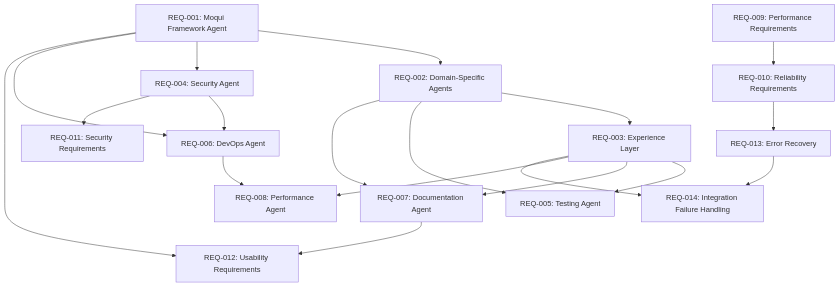
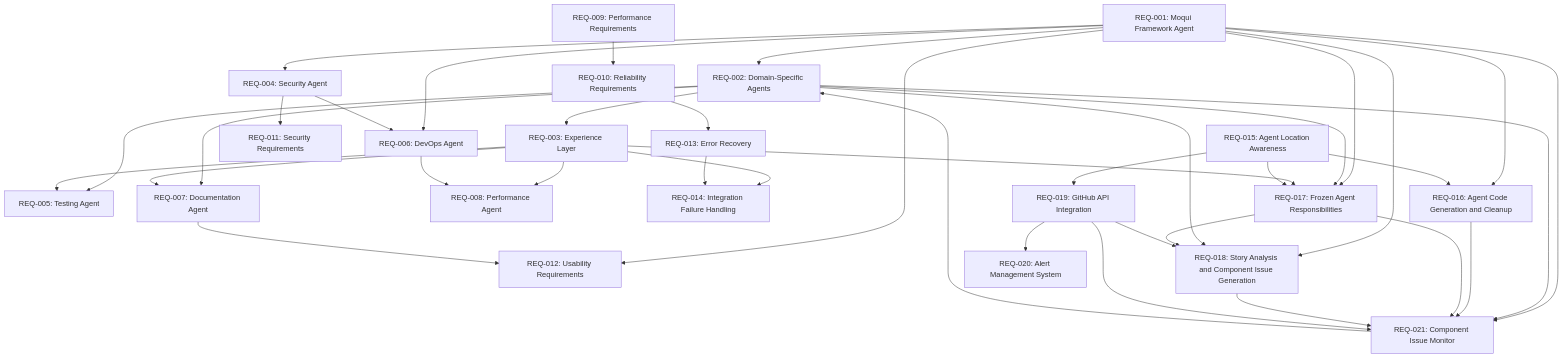
One commit to louisburroughs/durion-moqui-frontend changed the diagram in .kiro/specs/agent-structure/requirements.md. Above: the diagram before and after it, drawn with Mermaid. The commit also changed other lines of this file and 79 other files, not shown here.

````diff
--- a/.kiro/specs/agent-structure/requirements.md
+++ b/.kiro/specs/agent-structure/requirements.md
@@ -298,21 +455,41 @@
 ```mermaid
 graph TD
     REQ-001[REQ-001: Moqui Framework Agent] --> REQ-002[REQ-002: Domain-Specific Agents]
     REQ-001 --> REQ-004[REQ-004: Security Agent]
     REQ-001 --> REQ-006[REQ-006: DevOps Agent]
     REQ-002 --> REQ-003[REQ-003: Experience Layer]
     REQ-002 --> REQ-005[REQ-005: Testing Agent]
     REQ-002 --> REQ-007[REQ-007: Documentation Agent]
     REQ-003 --> REQ-005
     REQ-003 --> REQ-007
     REQ-003 --> REQ-008[REQ-008: Performance Agent]
     REQ-004 --> REQ-006
     REQ-004 --> REQ-011[REQ-011: Security Requirements]
     REQ-006 --> REQ-008
     REQ-009[REQ-009: Performance Requirements] --> REQ-010[REQ-010: Reliability Requirements]
     REQ-010 --> REQ-013[REQ-013: Error Recovery]
     REQ-003 --> REQ-014[REQ-014: Integration Failure Handling]
     REQ-013 --> REQ-014
     REQ-001 --> REQ-012[REQ-012: Usability Requirements]
     REQ-007 --> REQ-012
+    REQ-015[REQ-015: Agent Location Awareness]
+    REQ-001 --> REQ-016[REQ-016: Agent Code Generation and Cleanup]
+    REQ-015 --> REQ-016
+    REQ-001 --> REQ-017[REQ-017: Frozen Agent Responsibilities]
+    REQ-002 --> REQ-017
+    REQ-003 --> REQ-017
+    REQ-015 --> REQ-017
+    REQ-001 --> REQ-018[REQ-018: Story Analysis and Component Issue Generation]
+    REQ-002 --> REQ-018
+    REQ-017 --> REQ-018
+    REQ-015 --> REQ-019[REQ-019: GitHub API Integration]
+    REQ-019 --> REQ-018
+    REQ-019 --> REQ-020[REQ-020: Alert Management System]
+    REQ-001 --> REQ-021[REQ-021: Component Issue Monitor]
+    REQ-002 --> REQ-021
+    REQ-016 --> REQ-021
+    REQ-017 --> REQ-021
+    REQ-018 --> REQ-021
+    REQ-019 --> REQ-021
+    REQ-021 --> REQ-002
 ```
````
